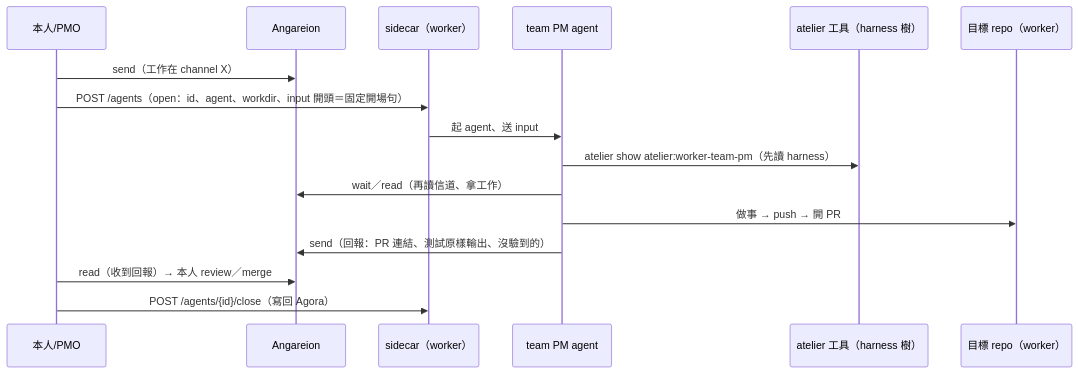
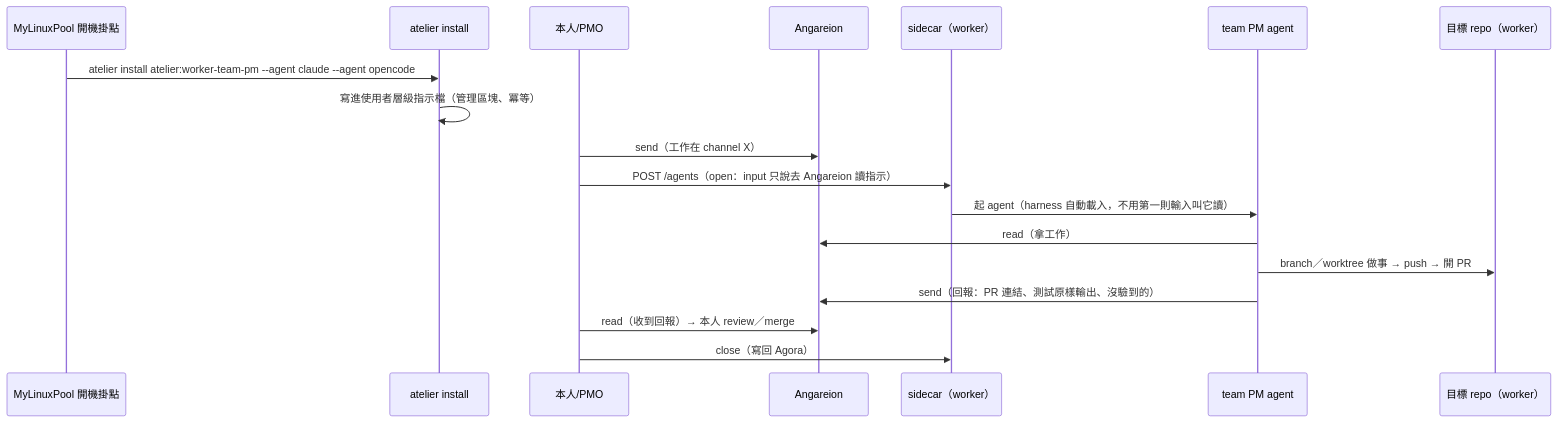
One commit to FATESAIKOU/MyAiStorage changed the diagram in docs/atelier/interface-summary.md. Above: the diagram before and after it, drawn with Mermaid. The commit also changed other lines of this file and 5 other files, not shown here.

````diff
--- a/docs/atelier/interface-summary.md
+++ b/docs/atelier/interface-summary.md
@@ -20,18 +21,20 @@
 ```mermaid
 sequenceDiagram
+    participant Pool as MyLinuxPool 開機掛點
+    participant AT as atelier install
     participant U as 本人/PMO
     participant Ang as Angareion
     participant SC as sidecar（worker）
     participant PM as team PM agent
-    participant AT as atelier 工具（harness 樹）
     participant Repo as 目標 repo（worker）
+    Pool->>AT: atelier install atelier:worker-team-pm --agent claude --agent opencode
+    AT->>AT: 寫進使用者層級指示檔（管理區塊、冪等）
     U->>Ang: send（工作在 channel X）
-    U->>SC: POST /agents（open：id、agent、workdir、input 開頭＝固定開場句）
-    SC->>PM: 起 agent、送 input
-    PM->>AT: atelier show atelier:worker-team-pm（先讀 harness）
-    PM->>Ang: wait／read（再讀信道、拿工作）
-    PM->>Repo: 做事 → push → 開 PR
+    U->>SC: POST /agents（open：input 只說去 Angareion 讀指示）
+    SC->>PM: 起 agent（harness 自動載入，不用第一則輸入叫它讀）
+    PM->>Ang: read（拿工作）
+    PM->>Repo: branch／worktree 做事 → push → 開 PR
     PM->>Ang: send（回報：PR 連結、測試原樣輸出、沒驗到的）
     U->>Ang: read（收到回報）→ 本人 review／merge
-    U->>SC: POST /agents/{id}/close（寫回 Agora）
+    U->>SC: close（寫回 Agora）
 ```
````
